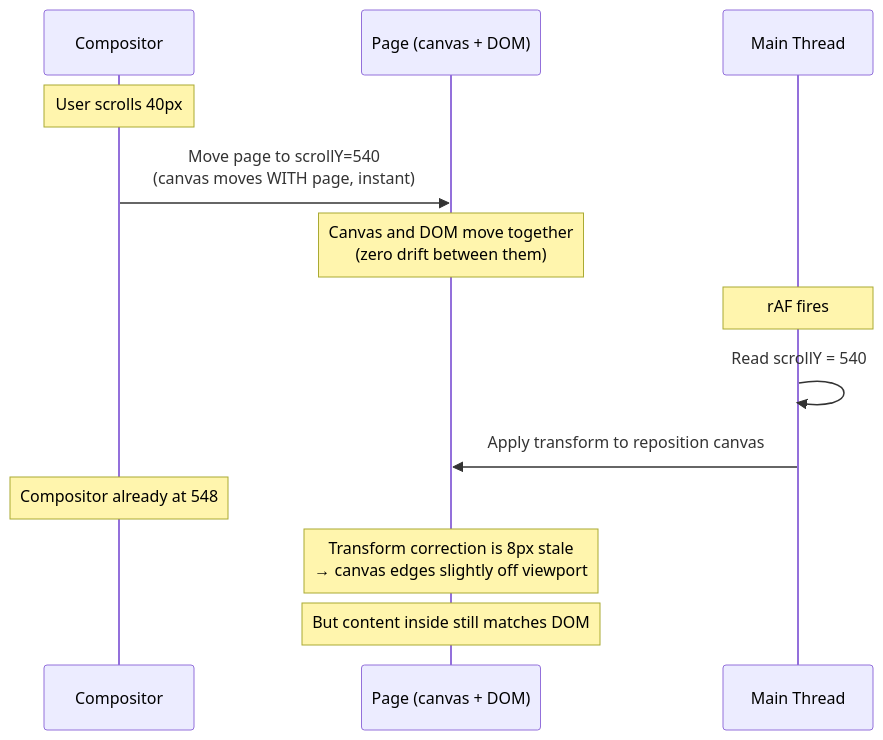
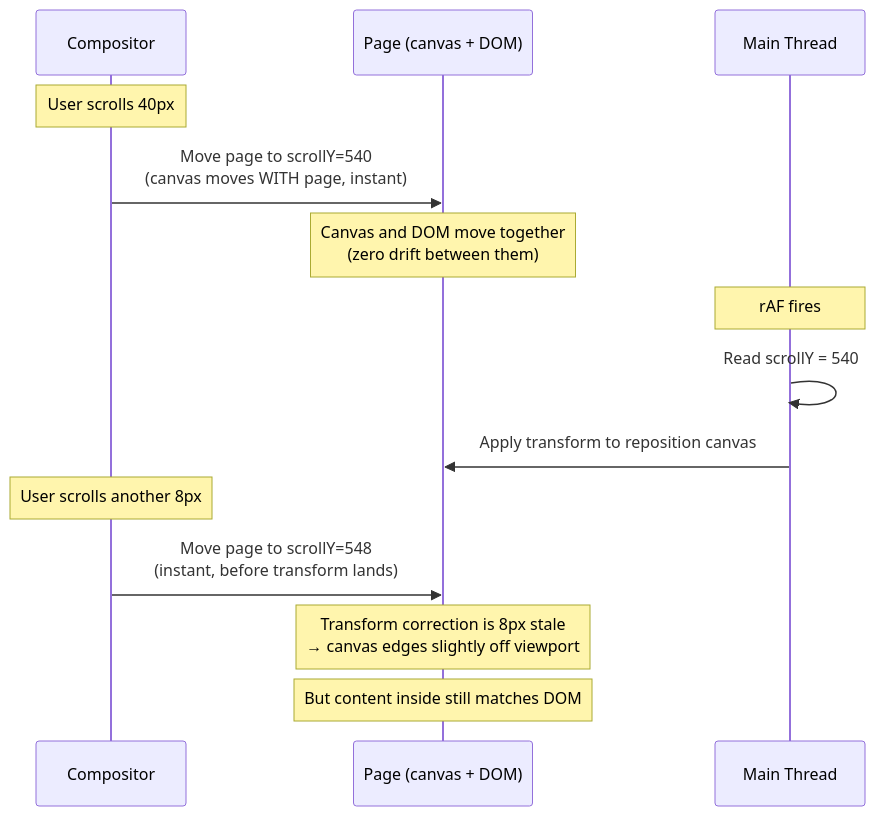
The seventh of 11 diagrams in content/logs/08-webgl-scroll-sync.mdx (joyco-studio/registry), drawn with Mermaid before and after one commit. The commit also changed other lines of this file, not shown here.

First line of the commit message:
Remove quantifying the lag section, clarify +8px in sequence diagram

````diff
--- a/content/logs/08-webgl-scroll-sync.mdx
+++ b/content/logs/08-webgl-scroll-sync.mdx
@@ -278,16 +251,17 @@
 ```mermaid
 sequenceDiagram
     participant C as Compositor
     participant P as Page (canvas + DOM)
     participant M as Main Thread
 
     Note over C: User scrolls 40px
     C->>P: Move page to scrollY=540<br/>(canvas moves WITH page, instant)
     Note over P: Canvas and DOM move together<br/>(zero drift between them)
     Note over M: rAF fires
     M->>M: Read scrollY = 540
     M->>P: Apply transform to reposition canvas
-    Note over C: Compositor already at 548
+    Note over C: User scrolls another 8px
+    C->>P: Move page to scrollY=548<br/>(instant, before transform lands)
     Note over P: Transform correction is 8px stale<br/>→ canvas edges slightly off viewport
     Note over P: But content inside still matches DOM
 ```
````
